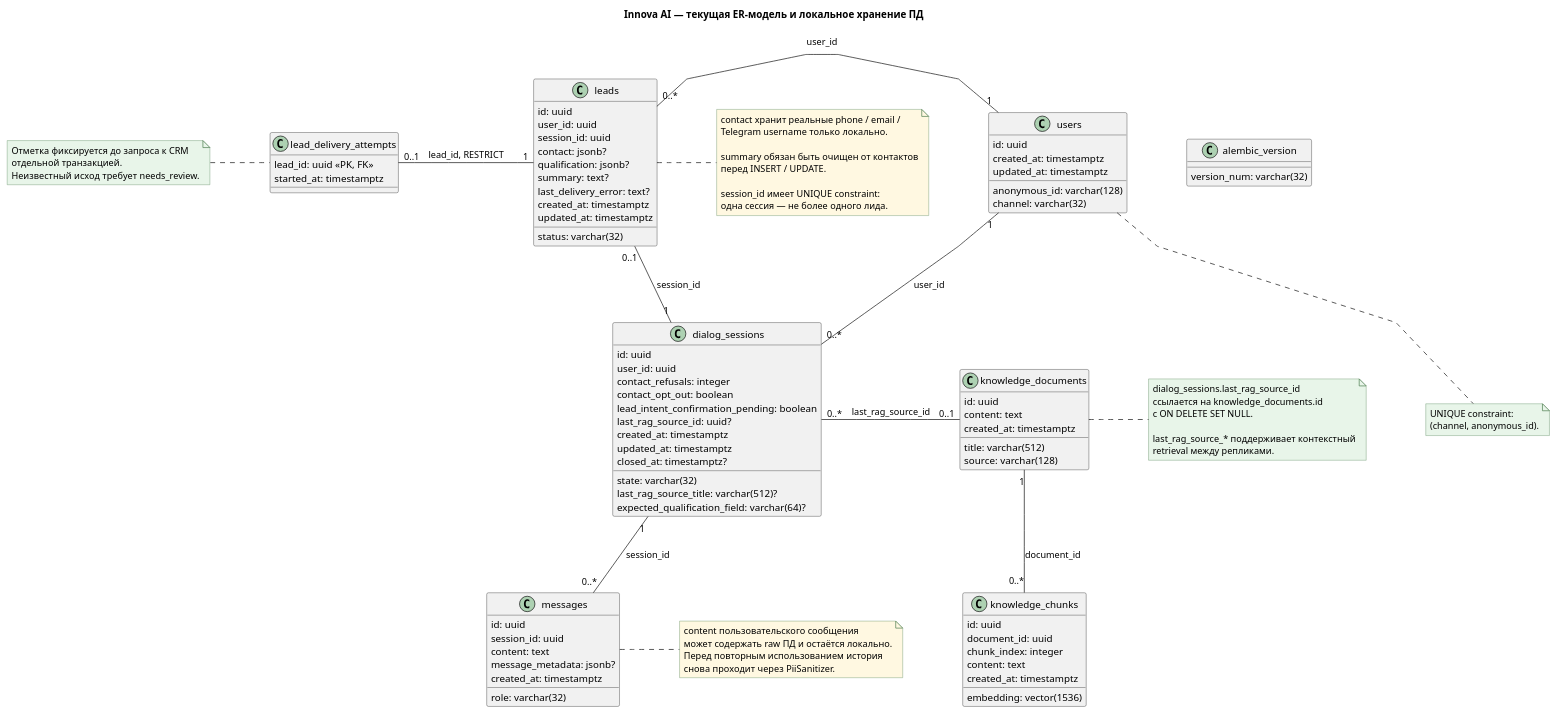
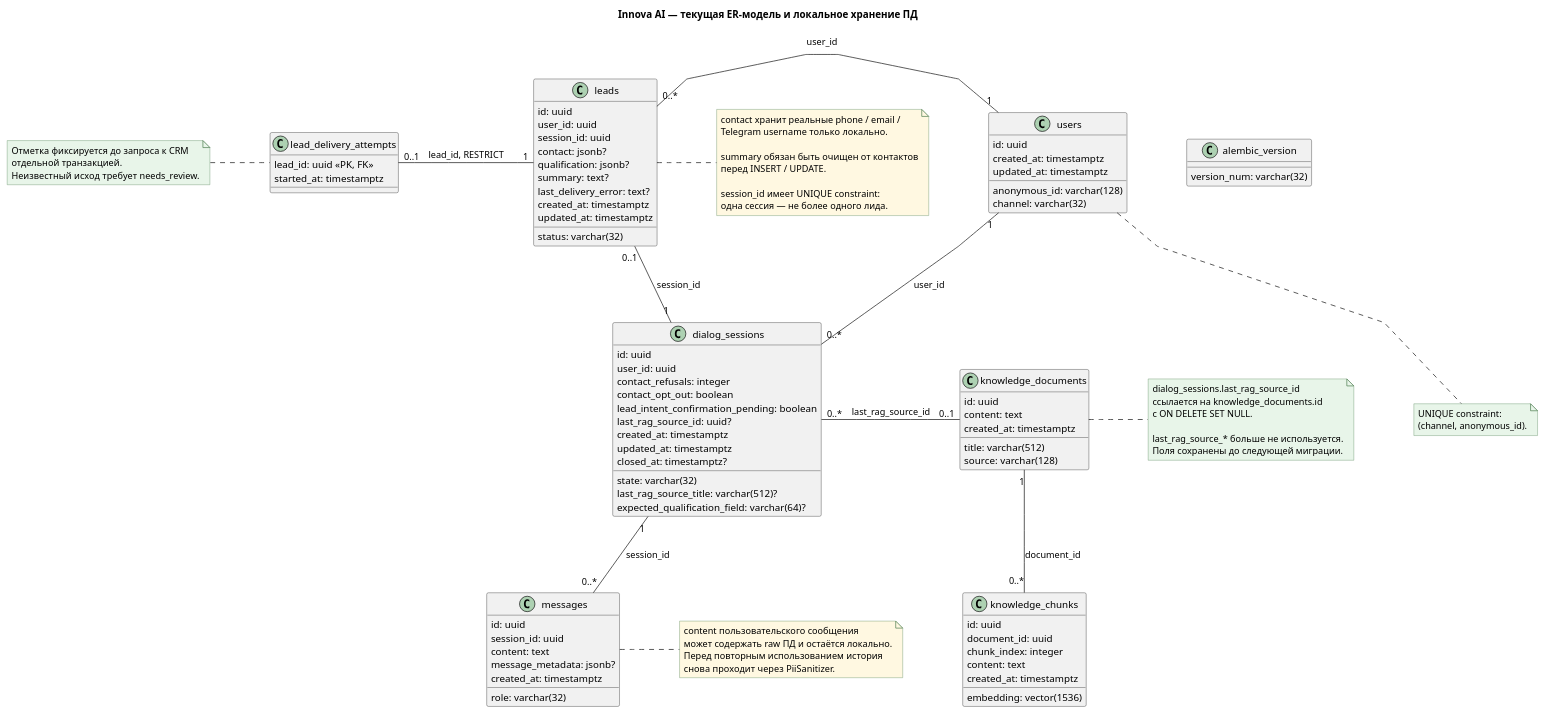
One commit to KNG-Labs/innova-ai changed the diagram in docs/diagrams/current/ER.puml. Above: the diagram before and after it, drawn with PlantUML. The commit also changed 7 other files, not shown here.

```diff
--- a/docs/diagrams/current/ER.puml
+++ b/docs/diagrams/current/ER.puml
@@ -1,135 +1,135 @@
 @startuml Current_ER
 
 top to bottom direction
 skinparam linetype polyline
 skinparam shadowing false
 skinparam noteBackgroundColor #E8F5E9
 skinparam noteBorderColor #4F7F52
 skinparam nodesep 85
 skinparam ranksep 90
 skinparam classAttributeIconSize 0
 
 title Innova AI — текущая ER-модель и локальное хранение ПД
 
 class alembic_version {
    version_num: varchar(32)
 }
 
 class users {
    id: uuid
    anonymous_id: varchar(128)
    channel: varchar(32)
    created_at: timestamptz
    updated_at: timestamptz
 }
 
 class dialog_sessions {
    id: uuid
    user_id: uuid
    state: varchar(32)
    contact_refusals: integer
    contact_opt_out: boolean
    lead_intent_confirmation_pending: boolean
    last_rag_source_id: uuid?
    last_rag_source_title: varchar(512)?
    expected_qualification_field: varchar(64)?
    created_at: timestamptz
    updated_at: timestamptz
    closed_at: timestamptz?
 }
 
 class messages {
    id: uuid
    session_id: uuid
    role: varchar(32)
    content: text
    message_metadata: jsonb?
    created_at: timestamptz
 }
 
 class leads {
    id: uuid
    user_id: uuid
    session_id: uuid
    status: varchar(32)
    contact: jsonb?
    qualification: jsonb?
    summary: text?
    last_delivery_error: text?
    created_at: timestamptz
    updated_at: timestamptz
 }
 
 class lead_delivery_attempts {
    lead_id: uuid <<PK, FK>>
    started_at: timestamptz
 }
 
 class knowledge_documents {
    id: uuid
    title: varchar(512)
    source: varchar(128)
    content: text
    created_at: timestamptz
 }
 
 class knowledge_chunks {
    id: uuid
    document_id: uuid
    chunk_index: integer
    content: text
    embedding: vector(1536)
    created_at: timestamptz
 }
 
 users               "1" -down-  "0..*" dialog_sessions    : user_id
 users               "1" -left-  "0..*" leads              : user_id
 leads               "1" -left-  "0..1" lead_delivery_attempts : lead_id, RESTRICT
 dialog_sessions     "1" -down-  "0..*" messages           : session_id
 dialog_sessions     "1" -left-  "0..1" leads              : session_id
 knowledge_documents "1" -down-  "0..*" knowledge_chunks   : document_id
 knowledge_documents "0..1" -left- "0..*" dialog_sessions  : last_rag_source_id
 
 users -[hidden]right- alembic_version
 leads -[hidden]right- messages
 messages -[hidden]right- knowledge_chunks
 
 note right of messages #FFF8E1
   content пользовательского сообщения
   может содержать raw ПД и остаётся локально.
   Перед повторным использованием история
   снова проходит через PiiSanitizer.
 end note
 
 note right of leads #FFF8E1
   contact хранит реальные phone / email /
   Telegram username только локально.
 
   summary обязан быть очищен от контактов
   перед INSERT / UPDATE.
 
   session_id имеет UNIQUE constraint:
   одна сессия — не более одного лида.
 end note
 
 note right of knowledge_documents
   dialog_sessions.last_rag_source_id
   ссылается на knowledge_documents.id
   с ON DELETE SET NULL.
 
-  last_rag_source_* поддерживает контекстный
-  retrieval между репликами.
+  last_rag_source_* больше не используется.
+  Поля сохранены до следующей миграции.
 end note
 
 note left of lead_delivery_attempts
   Отметка фиксируется до запроса к CRM
   отдельной транзакцией.
   Неизвестный исход требует needs_review.
 end note
 
 note bottom of users
   UNIQUE constraint:
   (channel, anonymous_id).
 end note
 
 @enduml
```
